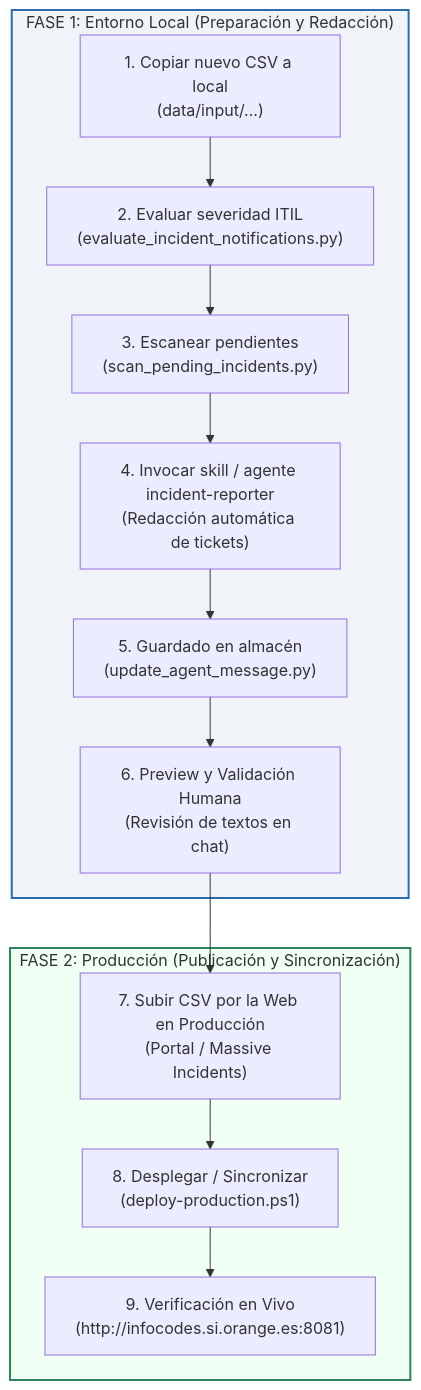
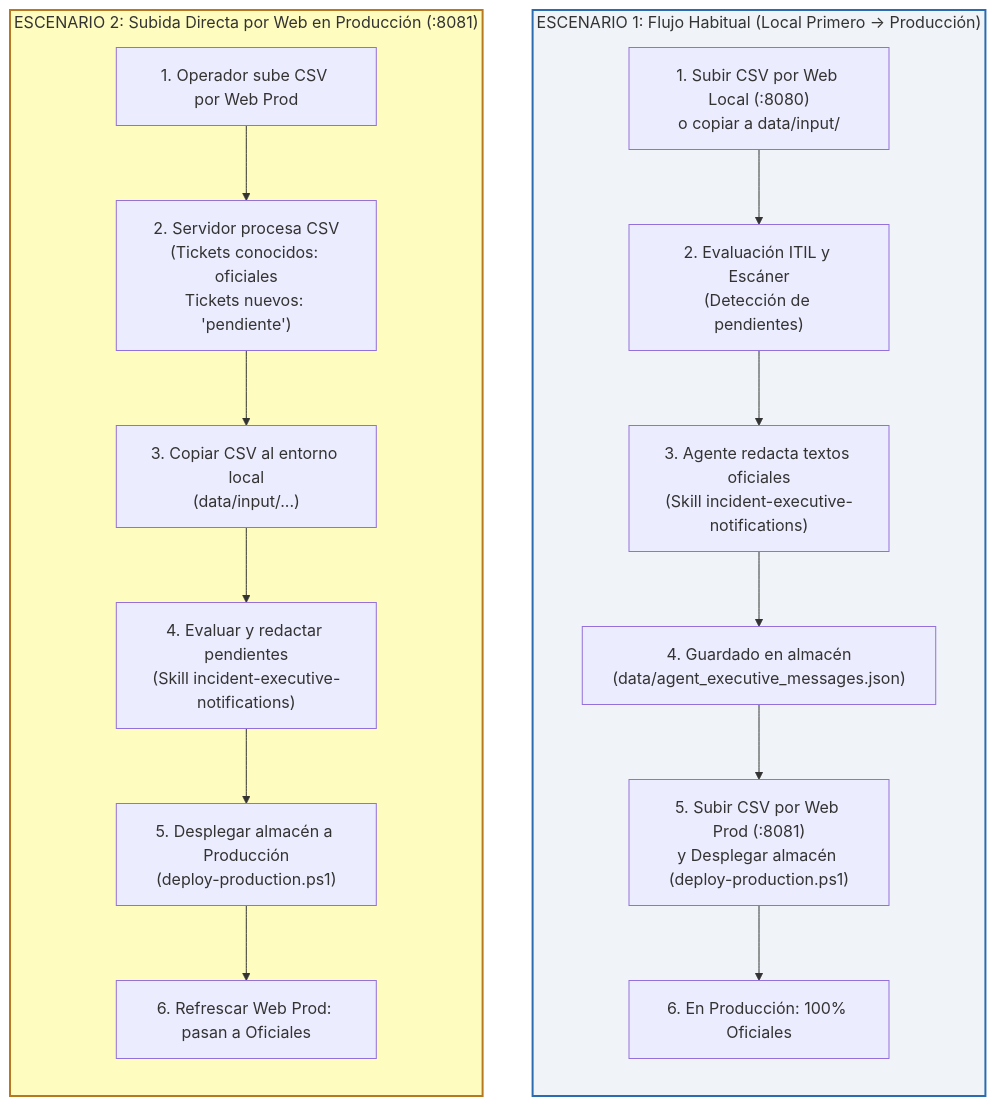
Before and after one commit to jfdelafuente/release-dashboard-application: the diagram in docs/INCIDENT-EXECUTIVE-NOTIFICATIONS-WORKFLOW.md, drawn with Mermaid. The commit also changed other lines of this file, not shown here.

Commit message:
docs: anadir a la guia operativa el procedimiento paso a paso para subidas web de CSV

````diff
--- a/docs/INCIDENT-EXECUTIVE-NOTIFICATIONS-WORKFLOW.md
+++ b/docs/INCIDENT-EXECUTIVE-NOTIFICATIONS-WORKFLOW.md
@@ -23,19 +23,23 @@
 ```mermaid
 flowchart TD
-    subgraph FASE_LOCAL["FASE 1: Entorno Local (Preparación y Redacción)"]
-        A["1. Copiar nuevo CSV a local<br/>(data/input/...)"] --> B["2. Evaluar severidad ITIL<br/>(evaluate_incident_notifications.py)"]
-        B --> C["3. Escanear pendientes<br/>(scan_pending_incidents.py)"]
-        C --> D["4. Invocar skill / agente incident-reporter<br/>(Redacción automática de tickets)"]
-        D --> E["5. Guardado en almacén<br/>(update_agent_message.py)"]
-        E --> F["6. Preview y Validación Humana<br/>(Revisión de textos en chat)"]
+    subgraph ESCENARIO_1["ESCENARIO 1: Flujo Habitual (Local Primero -> Producción)"]
+        direction TB
+        E1_A["1. Subir CSV por Web Local (:8080)<br/>o copiar a data/input/"] --> E1_B["2. Evaluación ITIL y Escáner<br/>(Detección de pendientes)"]
+        E1_B --> E1_C["3. Agente redacta textos oficiales<br/>(Skill incident-executive-notifications)"]
+        E1_C --> E1_D["4. Guardado en almacén<br/>(data/agent_executive_messages.json)"]
+        E1_D --> E1_E["5. Subir CSV por Web Prod (:8081)<br/>y Desplegar almacén (deploy-production.ps1)"]
+        E1_E --> E1_F["6. En Producción: 100% Oficiales"]
     end
 
-    subgraph FASE_PROD["FASE 2: Producción (Publicación y Sincronización)"]
-        F --> G["7. Subir CSV por la Web en Producción<br/>(Portal / Massive Incidents)"]
-        G --> H["8. Desplegar / Sincronizar<br/>(deploy-production.ps1)"]
-        H --> I["9. Verificación en Vivo<br/>(http://infocodes.si.orange.es:8081)"]
+    subgraph ESCENARIO_2["ESCENARIO 2: Subida Directa por Web en Producción (:8081)"]
+        direction TB
+        E2_A["1. Operador sube CSV por Web Prod"] --> E2_B["2. Servidor procesa CSV<br/>(Tickets conocidos: oficiales<br/>Tickets nuevos: 'pendiente')"]
+        E2_B --> E2_C["3. Copiar CSV al entorno local<br/>(data/input/...)"]
+        E2_C --> E2_D["4. Evaluar y redactar pendientes<br/>(Skill incident-executive-notifications)"]
+        E2_D --> E2_E["5. Desplegar almacén a Producción<br/>(deploy-production.ps1)"]
+        E2_E --> E2_F["6. Refrescar Web Prod: pasan a Oficiales"]
     end
 
-    style FASE_LOCAL fill:#f0f4f8,stroke:#2b6cb0,stroke-width:2px
-    style FASE_PROD fill:#f0fff4,stroke:#2f855a,stroke-width:2px
+    style ESCENARIO_1 fill:#f0f4f8,stroke:#2b6cb0,stroke-width:2px
+    style ESCENARIO_2 fill:#fefcbf,stroke:#b7791f,stroke-width:2px
 ```
````
